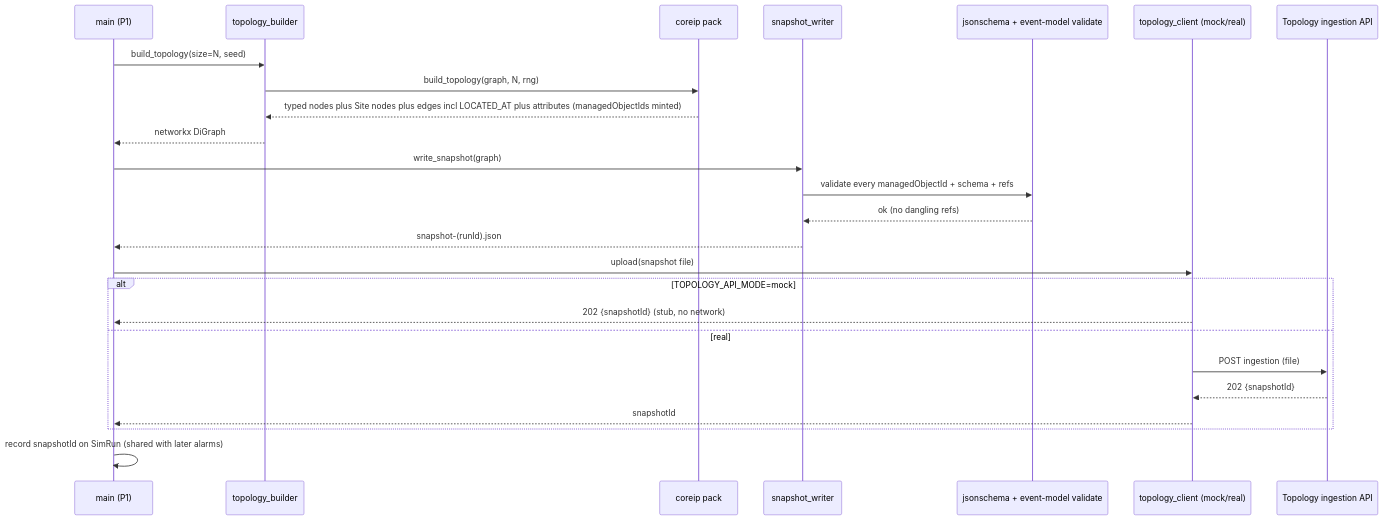
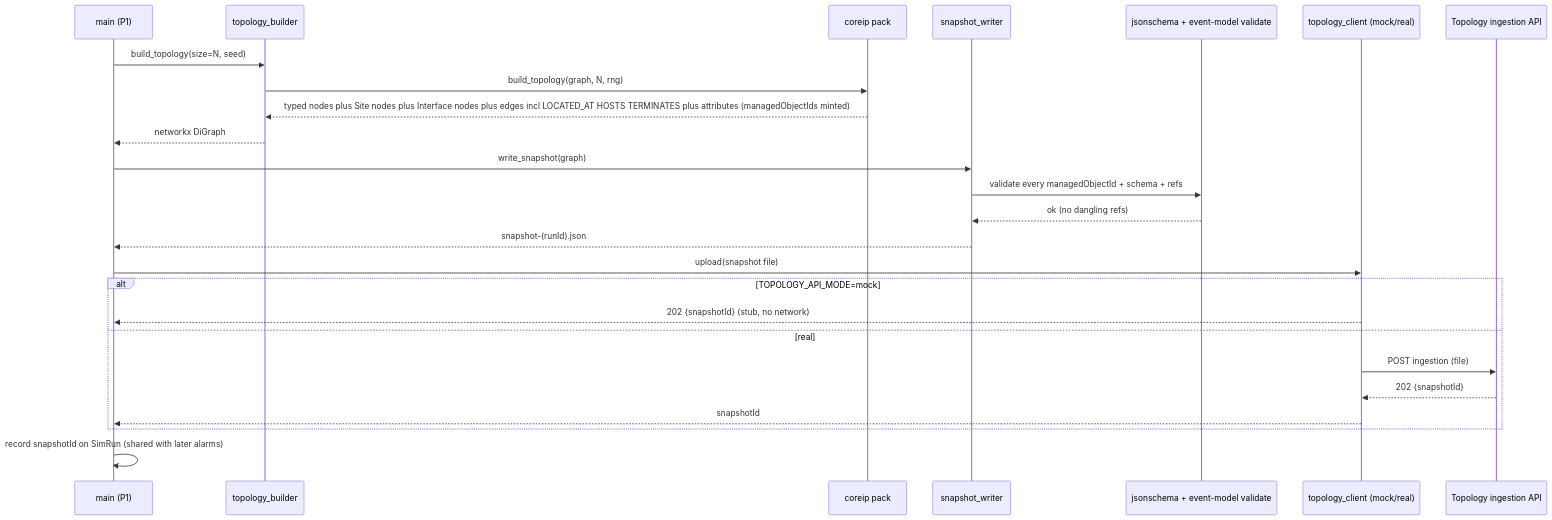
One commit to nikhilmohan/correlation-platform changed the third of 9 diagrams in services/simulator/design.md. Above: the diagram before and after it, drawn with Mermaid. The commit also changed other lines of this file, not shown here.

Commit message:
design(simulator): generate Interface nodes + HOSTS/TERMINATES + interface-fault scenario

````diff
--- a/services/simulator/design.md
+++ b/services/simulator/design.md
@@ -331,28 +343,28 @@
 ```mermaid
 sequenceDiagram
   participant CLI as main (P1)
   participant TB as topology_builder
   participant Pack as coreip pack
   participant SW as snapshot_writer
   participant Val as jsonschema + event-model validate
   participant TC as topology_client (mock/real)
   participant Topo as Topology ingestion API
 
   CLI->>TB: build_topology(size=N, seed)
   TB->>Pack: build_topology(graph, N, rng)
-  Pack-->>TB: typed nodes plus Site nodes plus edges incl LOCATED_AT plus attributes (managedObjectIds minted)
+  Pack-->>TB: typed nodes plus Site nodes plus Interface nodes plus edges incl LOCATED_AT HOSTS TERMINATES plus attributes (managedObjectIds minted)
   TB-->>CLI: networkx DiGraph
   CLI->>SW: write_snapshot(graph)
   SW->>Val: validate every managedObjectId + schema + refs
   Val-->>SW: ok (no dangling refs)
   SW-->>CLI: snapshot-(runId).json
   CLI->>TC: upload(snapshot file)
   alt TOPOLOGY_API_MODE=mock
     TC-->>CLI: 202 {snapshotId} (stub, no network)
   else real
     TC->>Topo: POST ingestion (file)
     Topo-->>TC: 202 {snapshotId}
     TC-->>CLI: snapshotId
   end
   CLI->>CLI: record snapshotId on SimRun (shared with later alarms)
 ```
````
